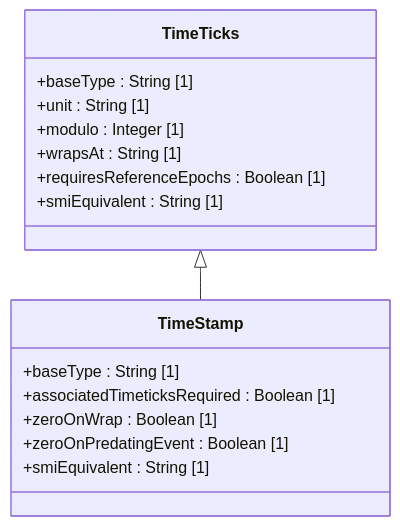
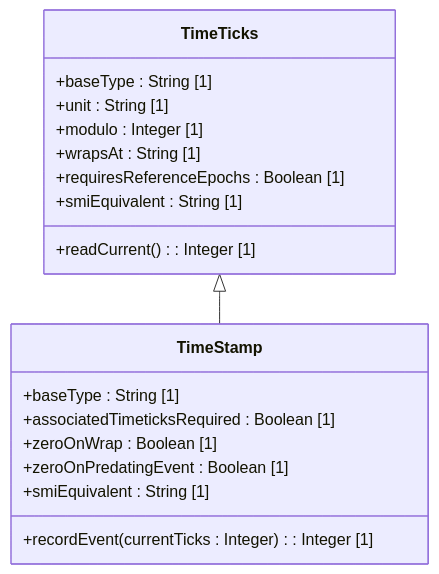
Before and after one commit to gintatkinson/dep-tst40: the diagram in docs/features/feat-24-snmp-temporal-types.md, drawn with Mermaid. The commit also changed 4 other files, not shown here.

First line of the commit message:
docs: fix remaining UML — operations, service classifiers, alt flows

````diff
--- a/docs/features/feat-24-snmp-temporal-types.md
+++ b/docs/features/feat-24-snmp-temporal-types.md
@@ -19,19 +19,21 @@
 ```mermaid
 classDiagram
     class TimeTicks {
         +baseType : String [1]
         +unit : String [1]
         +modulo : Integer [1]
         +wrapsAt : String [1]
         +requiresReferenceEpochs : Boolean [1]
         +smiEquivalent : String [1]
+        +readCurrent() : Integer [1]
     }
     class TimeStamp {
         +baseType : String [1]
         +associatedTimeticksRequired : Boolean [1]
         +zeroOnWrap : Boolean [1]
         +zeroOnPredatingEvent : Boolean [1]
         +smiEquivalent : String [1]
+        +recordEvent(currentTicks : Integer) : Integer [1]
     }
     TimeTicks <|-- TimeStamp
 ```
````
